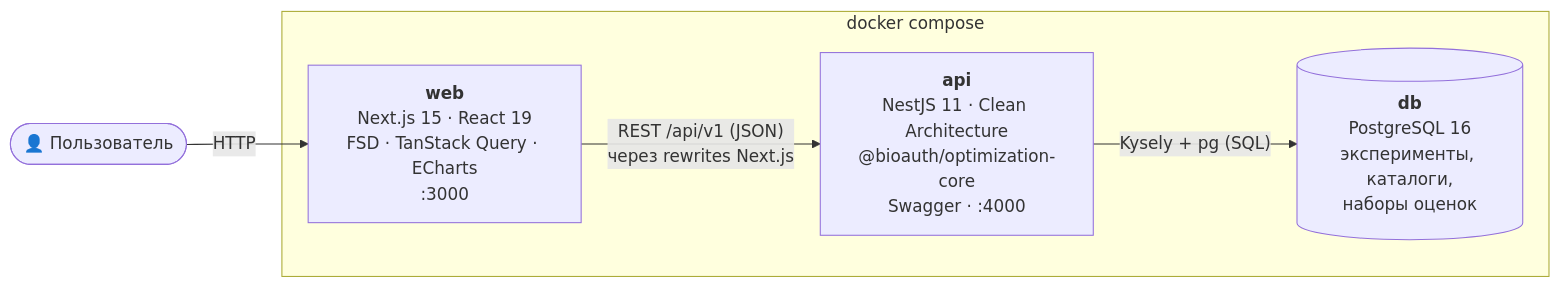
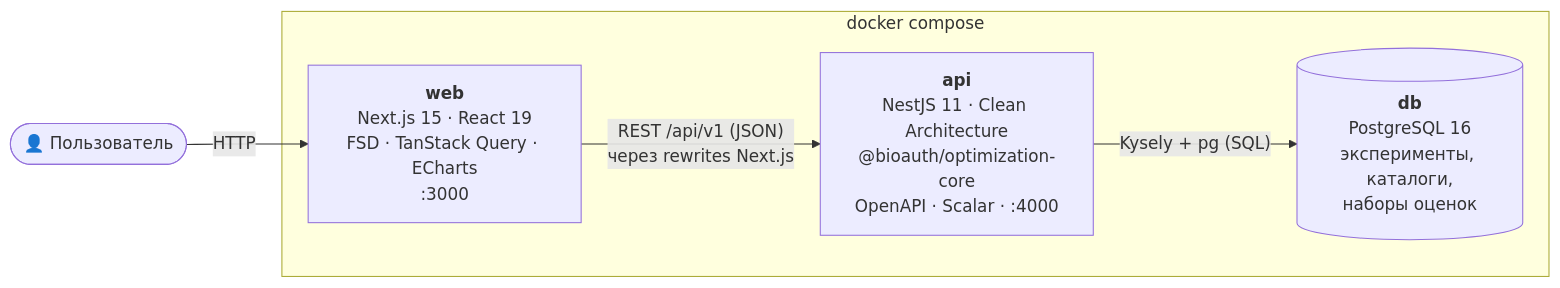
Before and after one commit to DcNi3L/bioauth-optimizer: the second of 9 diagrams in docs/03-architecture.md, drawn with Mermaid. The commit also changed other lines of this file and 40 other files, not shown here.

First line of the commit message:
feat(api): справочник API на Scalar вместо Swagger UI (3.1.2)

````diff
--- a/docs/03-architecture.md
+++ b/docs/03-architecture.md
@@ -22,12 +22,12 @@
 ```mermaid
 flowchart LR
   user(["👤 Пользователь"])
   subgraph compose["docker compose"]
     web["<b>web</b><br/>Next.js 15 · React 19<br/>FSD · TanStack Query · ECharts<br/>:3000"]
-    api["<b>api</b><br/>NestJS 11 · Clean Architecture<br/>@bioauth/optimization-core<br/>Swagger · :4000"]
+    api["<b>api</b><br/>NestJS 11 · Clean Architecture<br/>@bioauth/optimization-core<br/>OpenAPI · Scalar · :4000"]
     db[("<b>db</b><br/>PostgreSQL 16<br/>эксперименты, каталоги,<br/>наборы оценок")]
   end
   user -->|HTTP| web
   web -->|"REST /api/v1 (JSON)<br/>через rewrites Next.js"| api
   api -->|"Kysely + pg (SQL)"| db
 ```
````
